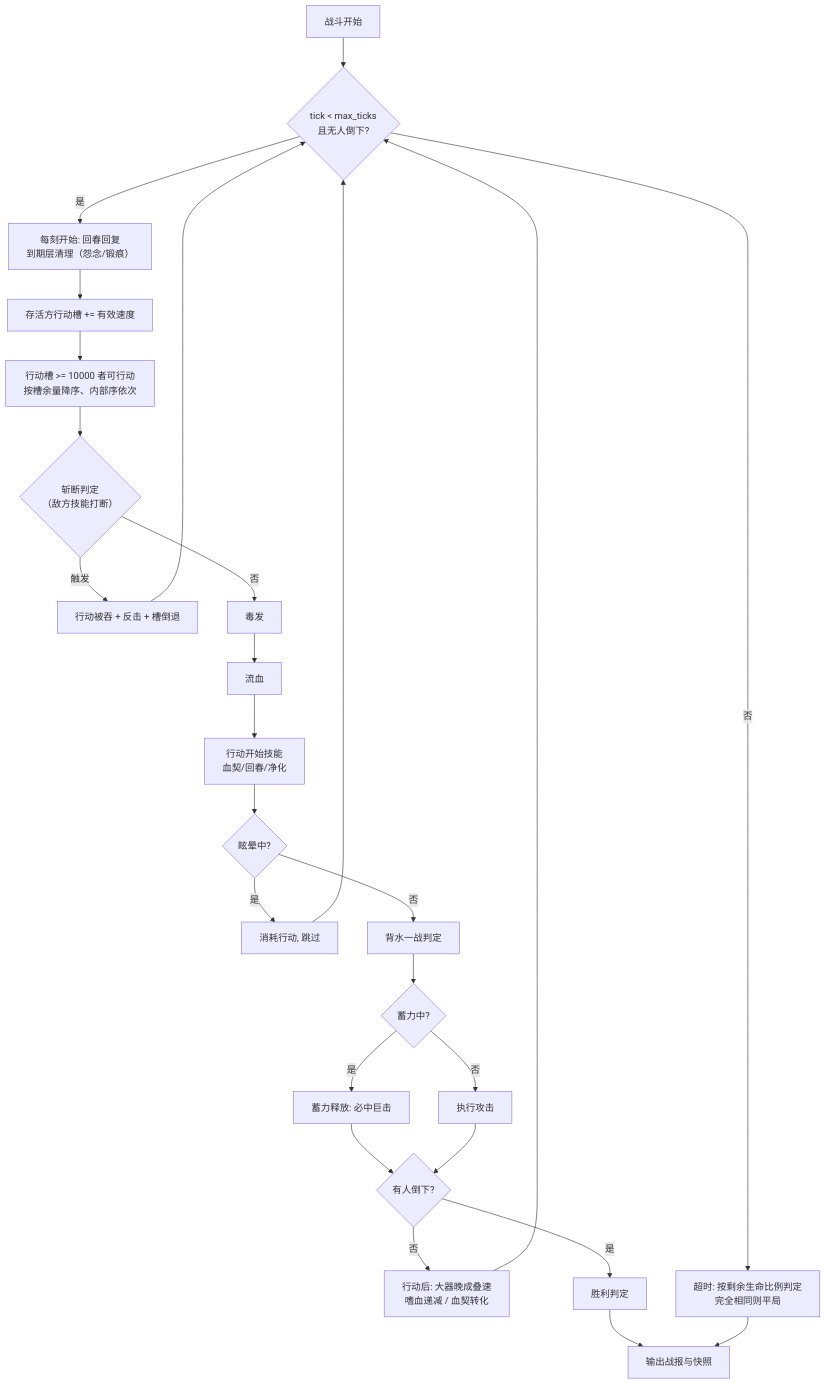
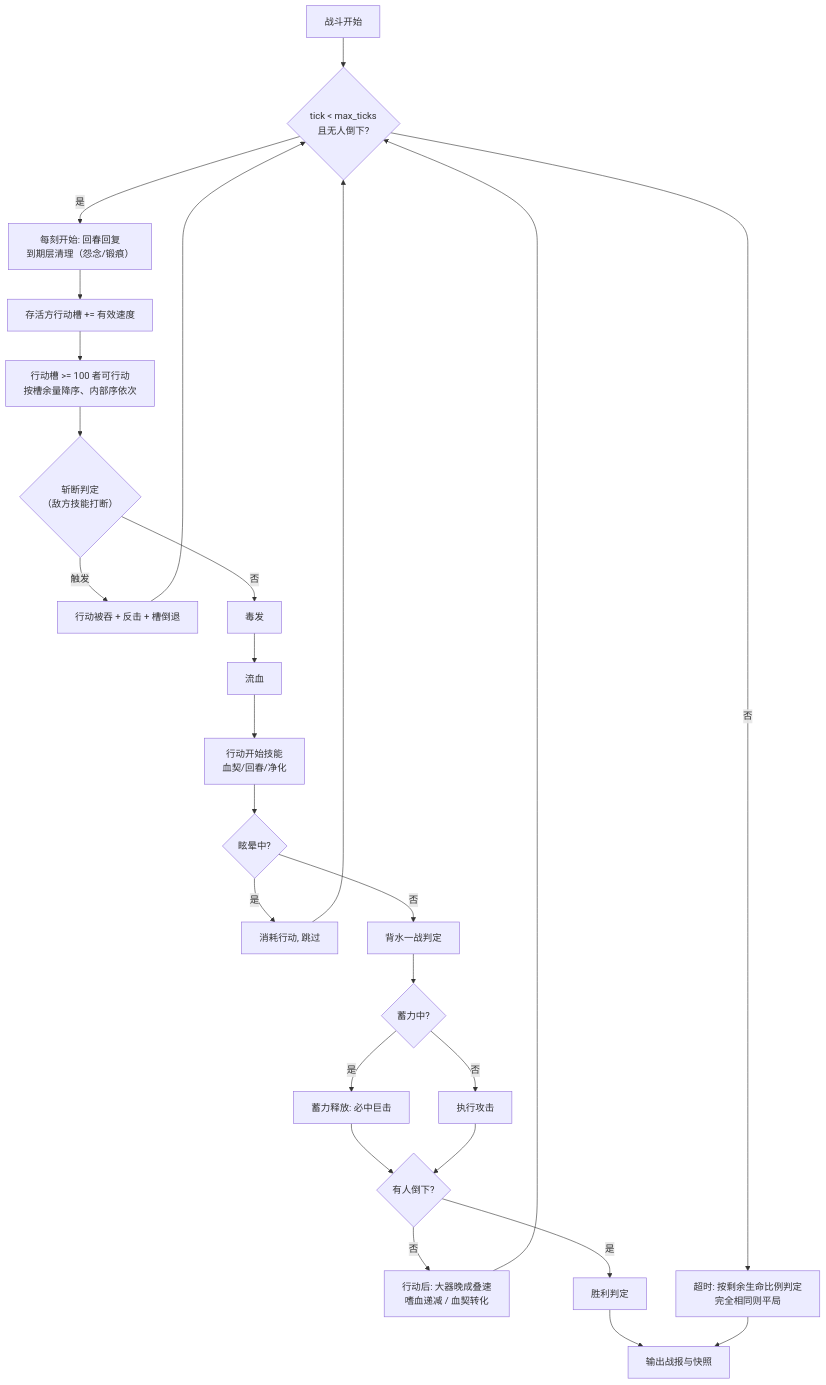
One commit to icdyso/namefight_pro changed the second of 2 diagrams in docs/GAME_SPEC.md. Above: the diagram before and after it, drawn with Mermaid. The commit also changed other lines of this file and 19 other files, not shown here.

````diff
--- a/docs/GAME_SPEC.md
+++ b/docs/GAME_SPEC.md
@@ -264,19 +284,19 @@
 ```mermaid
 flowchart TD
     S[战斗开始] --> T{tick < max_ticks<br/>且无人倒下?}
     T -->|是| TK[每刻开始: 回春回复<br/>到期层清理（怨念/锻痕）] --> G[存活方行动槽 += 有效速度]
-    G --> R[行动槽 >= 10000 者可行动<br/>按槽余量降序、内部序依次]
+    G --> R[行动槽 >= 100 者可行动<br/>按槽余量降序、内部序依次]
     R --> A0{斩断判定<br/>（敌方技能打断）}
     A0 -->|触发| A0b[行动被吞 + 反击 + 槽倒退] --> T
     A0 -->|否| A1[毒发] --> A1b[流血] --> A2[行动开始技能<br/>血契/回春/净化] --> A3{眩晕中?}
     A3 -->|是| A4[消耗行动, 跳过] --> T
     A3 -->|否| A5[背水一战判定] --> A6{蓄力中?}
     A6 -->|是| A6b[蓄力释放: 必中巨击] --> Z
     A6 -->|否| A7[执行攻击]
     A7 --> Z{有人倒下?}
     Z -->|否| Y[行动后: 大器晚成叠速<br/>嗜血递减 / 血契转化] --> T
     Z -->|是| W[胜利判定]
     T -->|否| J[超时: 按剩余生命比例判定<br/>完全相同则平局]
     W --> V[输出战报与快照]
     J --> V
 ```
````
